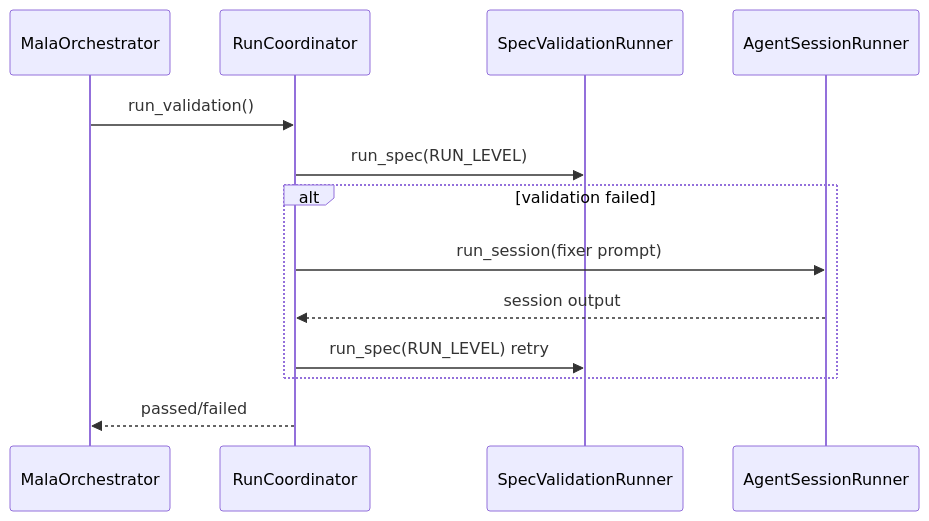
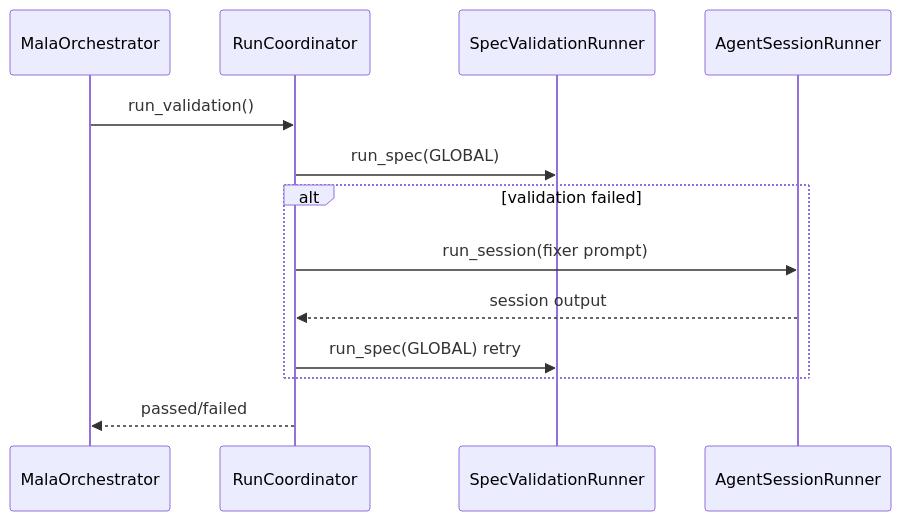
The fourth of 5 diagrams in docs/architecture.md (charlieyou/mala), drawn with Mermaid before and after one commit. The commit also changed other lines of this file and 63 other files, not shown here.

````diff
--- a/docs/architecture.md
+++ b/docs/architecture.md
@@ -170,16 +170,16 @@
 ```mermaid
 sequenceDiagram
   participant Orch as MalaOrchestrator
   participant RunCoord as RunCoordinator
   participant Spec as SpecValidationRunner
   participant Fixer as AgentSessionRunner
 
   Orch->>RunCoord: run_validation()
-  RunCoord->>Spec: run_spec(RUN_LEVEL)
+  RunCoord->>Spec: run_spec(GLOBAL)
   alt validation failed
     RunCoord->>Fixer: run_session(fixer prompt)
     Fixer-->>RunCoord: session output
-    RunCoord->>Spec: run_spec(RUN_LEVEL) retry
+    RunCoord->>Spec: run_spec(GLOBAL) retry
   end
   RunCoord-->>Orch: passed/failed
 ```
````
